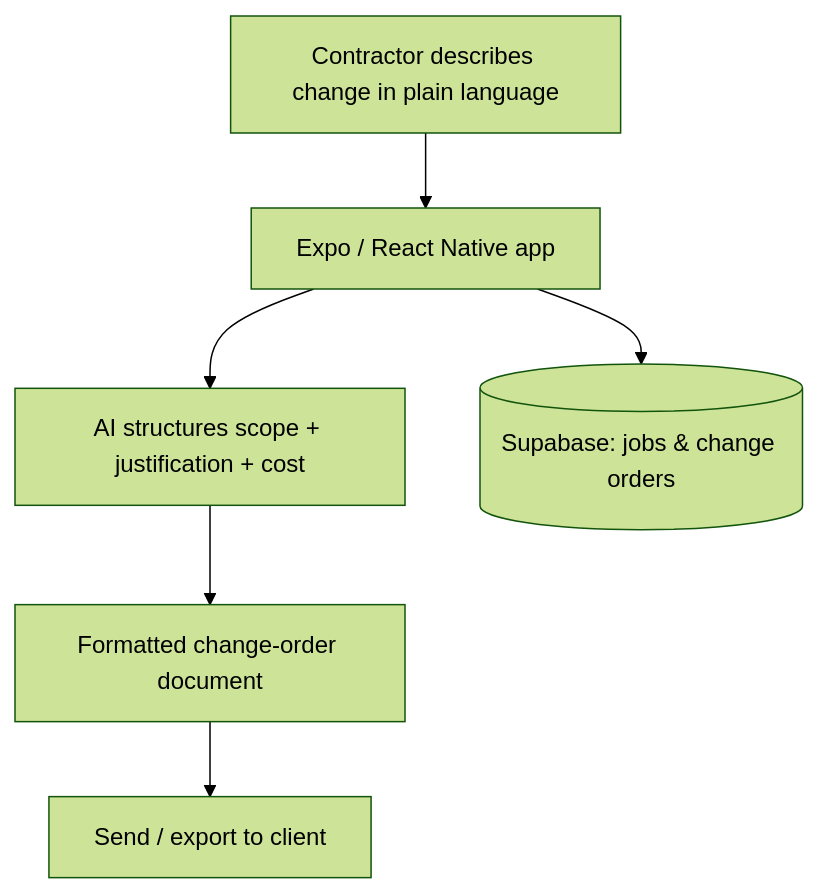
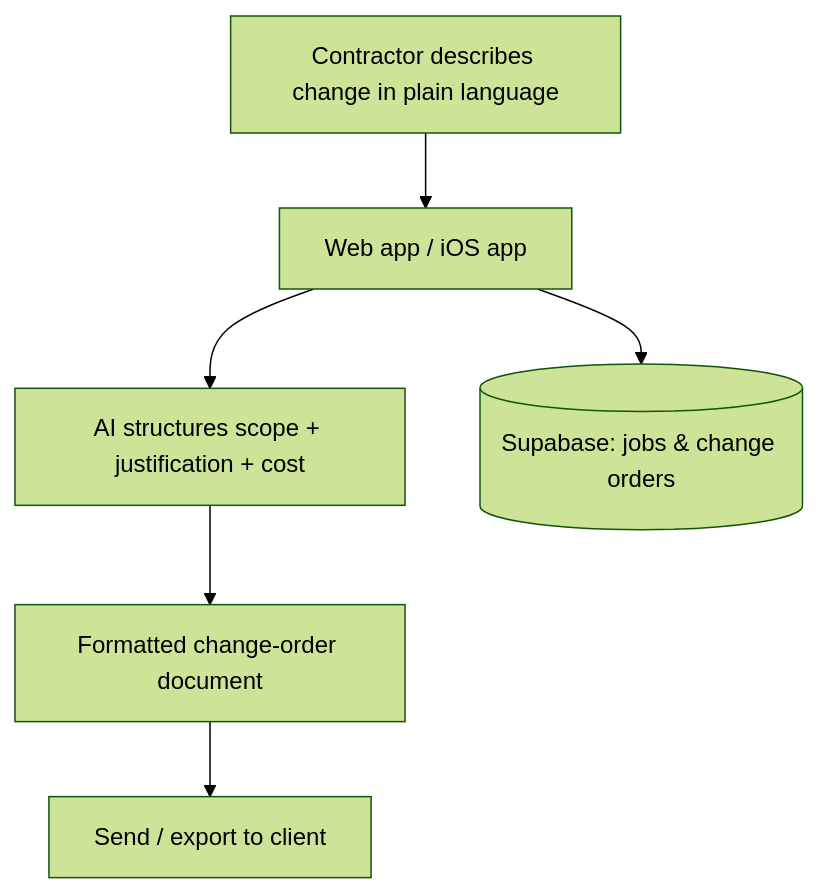
One commit to smzubs/portfolio changed the diagram in case-studies/changeorderai.md. Above: the diagram before and after it, drawn with Mermaid (forest theme). The commit also changed other lines of this file and 6 other files, not shown here.

````diff
--- a/case-studies/changeorderai.md
+++ b/case-studies/changeorderai.md
@@ -50,8 +51,8 @@
 ```mermaid
 flowchart TD
-    A[Contractor describes change in plain language] --> B[Expo / React Native app]
+    A[Contractor describes change in plain language] --> B[Web app / iOS app]
     B --> C[AI structures scope + justification + cost]
     C --> D[Formatted change-order document]
     D --> E[Send / export to client]
     B --> F[(Supabase: jobs & change orders)]
 ```
````
